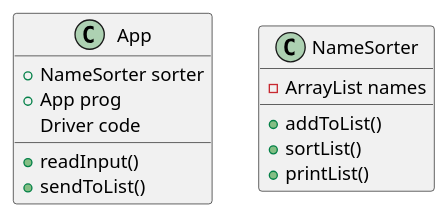
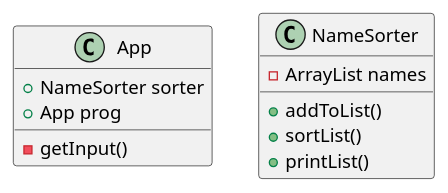
The diagram in src/main/java/Assignments/ex41/classPlan.puml (arkaik2k01/nobrega-cop3330-assignment3), drawn with PlantUML before and after one commit.

Commit message:
Edited plantUML to match finished program

```diff
--- a/src/main/java/Assignments/ex41/classPlan.puml
+++ b/src/main/java/Assignments/ex41/classPlan.puml
@@ -1,16 +1,14 @@
 @startuml
 class App {
     + NameSorter sorter
     + App prog
-      Driver code
-    + readInput()
-    + sendToList()
+    - getInput()
 }
 
 class NameSorter {
     - ArrayList names
     + addToList()
     + sortList()
     + printList()
 }
 @enduml
```
